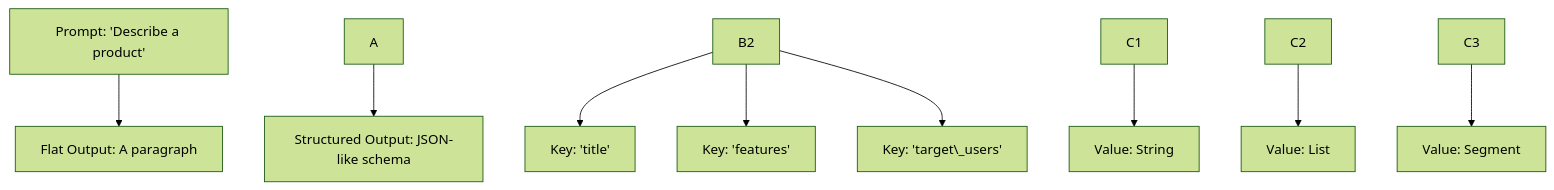
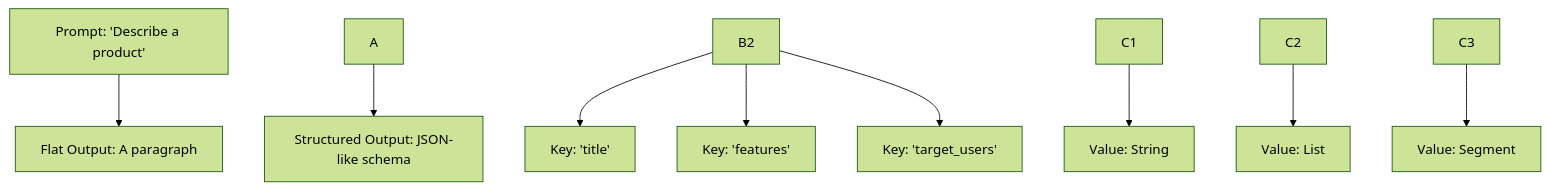
One commit to LinaNoor-AGI/noor-research changed the first of 3 diagrams in Archive/What_if_gen_ai_is_actually_symbolic.md. Above: the diagram before and after it, drawn with Mermaid (forest theme). The commit also changed other lines of this file, not shown here.

````diff
--- a/Archive/What_if_gen_ai_is_actually_symbolic.md
+++ b/Archive/What_if_gen_ai_is_actually_symbolic.md
@@ -54,11 +54,11 @@
 ```mermaid
 flowchart TB
 A\[Prompt: 'Describe a product'] --> B1\[Flat Output: A paragraph]
 A --> B2\[Structured Output: JSON-like schema]
 B2 --> C1\["Key: 'title'"]
 B2 --> C2\["Key: 'features'"]
-B2 --> C3\["Key: 'target\_users'"]
+B2 --> C3\["Key: 'target_users'"]
 C1 --> D1\["Value: String"]
 C2 --> D2\["Value: List"]
 C3 --> D3\["Value: Segment"]
 ```
````
